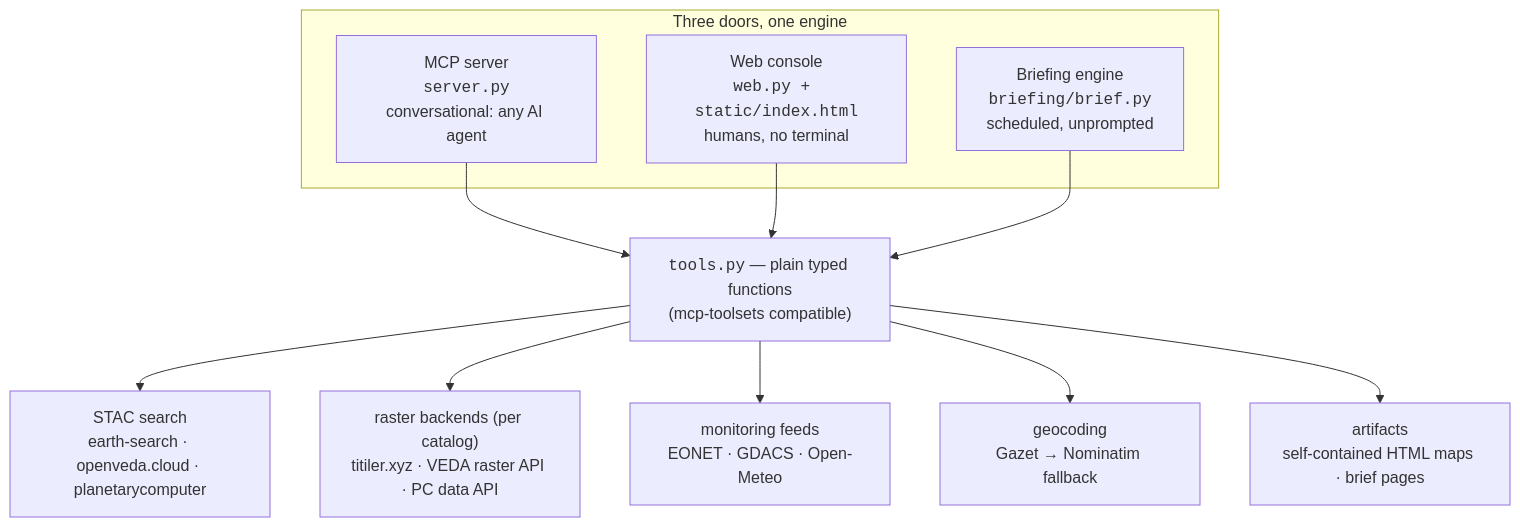
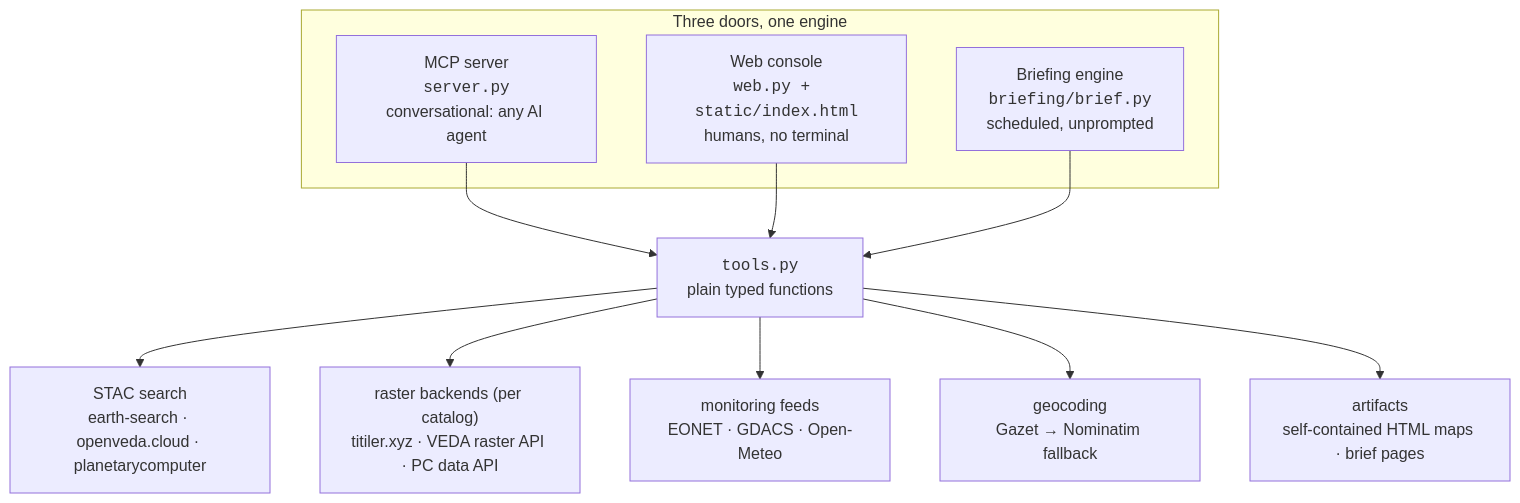
The diagram in docs/architecture.md (dannybauman/groundstation), drawn with Mermaid before and after one commit. The commit also changed other lines of this file, not shown here.

First line of the commit message:
architecture doc: the dependency and hosting claims match the code again (#41)

````diff
--- a/docs/architecture.md
+++ b/docs/architecture.md
@@ -7,17 +7,17 @@
 ```mermaid
 flowchart TD
     subgraph doors [Three doors, one engine]
         MCP["MCP server<br/><code>server.py</code><br/>conversational: any AI agent"]
         WEB["Web console<br/><code>web.py + static/index.html</code><br/>humans, no terminal"]
         BRIEF["Briefing engine<br/><code>briefing/brief.py</code><br/>scheduled, unprompted"]
     end
-    TOOLS["<code>tools.py</code> — plain typed functions<br/>(mcp-toolsets compatible)"]
+    TOOLS["<code>tools.py</code><br/>plain typed functions"]
     MCP --> TOOLS
     WEB --> TOOLS
     BRIEF --> TOOLS
     TOOLS --> STAC["STAC search<br/>earth-search · openveda.cloud · planetarycomputer"]
     TOOLS --> RASTER["raster backends (per catalog)<br/>titiler.xyz · VEDA raster API · PC data API"]
     TOOLS --> MON["monitoring feeds<br/>EONET · GDACS · Open-Meteo"]
     TOOLS --> GEO["geocoding<br/>Gazet → Nominatim fallback"]
     TOOLS --> OUT["artifacts<br/>self-contained HTML maps · brief pages"]
 ```
````
